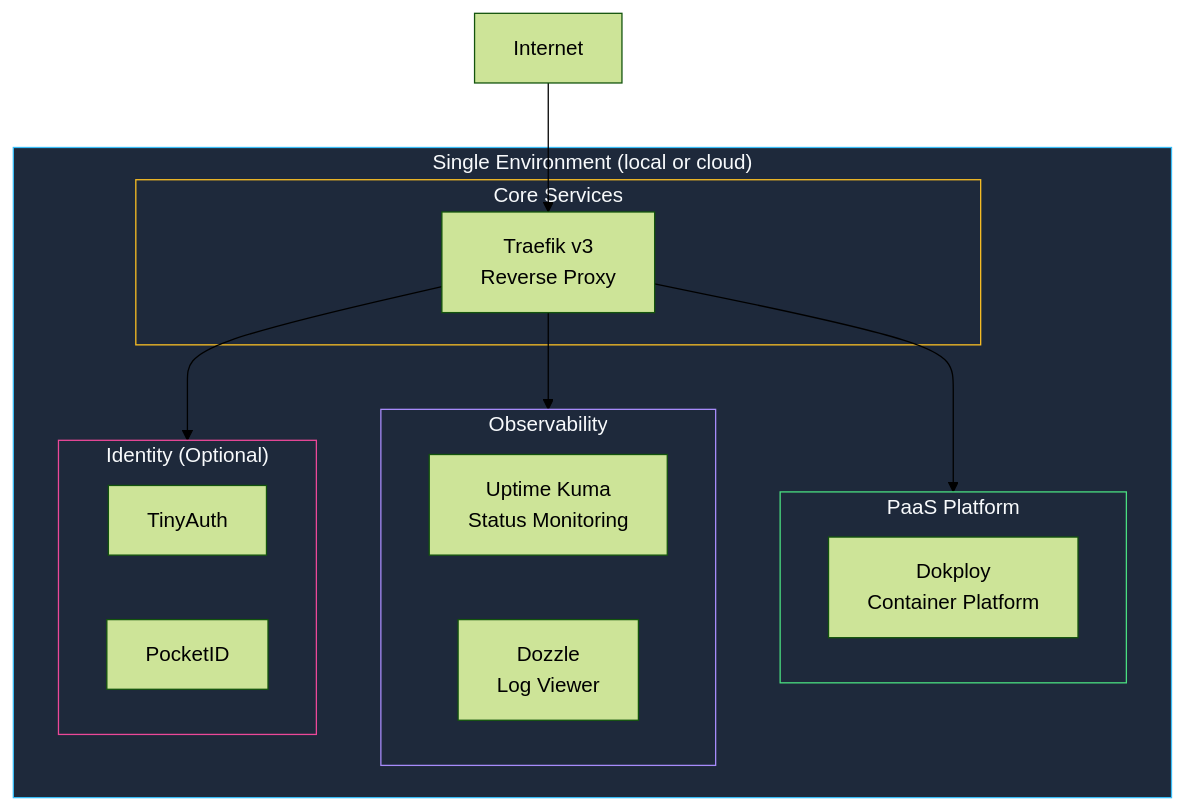
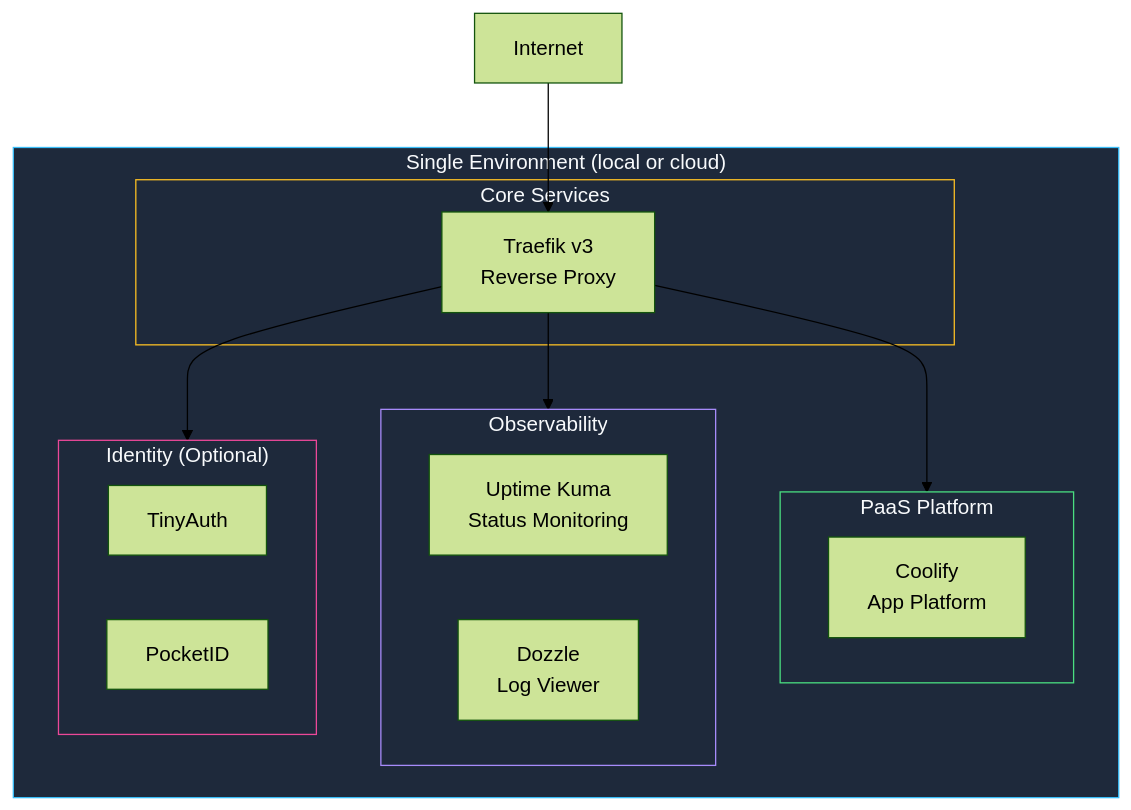
One commit to KombiverseLabs/mintlify-docs changed the diagram in stackkits/kits/base-kit.mdx. Above: the diagram before and after it, drawn with Mermaid (forest theme). The commit also changed other lines of this file and 11 other files, not shown here.

````diff
--- a/stackkits/kits/base-kit.mdx
+++ b/stackkits/kits/base-kit.mdx
@@ -18,33 +18,33 @@
 ```mermaid
 graph TB
     subgraph Env["Single Environment (local or cloud)"]
         subgraph Core["Core Services"]
             Traefik["Traefik v3<br/>Reverse Proxy"]
         end
         
         subgraph Platform["PaaS Platform"]
-            Dokploy["Dokploy<br/>Container Platform"]
+            Coolify["Coolify<br/>App Platform"]
         end
         
         subgraph Monitoring["Observability"]
             UptimeKuma["Uptime Kuma<br/>Status Monitoring"]
             Dozzle["Dozzle<br/>Log Viewer"]
         end
         
         subgraph Identity["Identity (Optional)"]
             TinyAuth["TinyAuth"]
             PocketID["PocketID"]
         end
     end
     
     Internet["Internet"] --> Traefik
     Traefik --> Platform
     Traefik --> Monitoring
     Traefik --> Identity
     
     style Env fill:#1e293b,stroke:#38bdf8,color:#f8fafc
     style Core fill:#1e293b,stroke:#fbbf24,color:#f8fafc
     style Platform fill:#1e293b,stroke:#4ade80,color:#f8fafc
     style Monitoring fill:#1e293b,stroke:#a78bfa,color:#f8fafc
     style Identity fill:#1e293b,stroke:#ec4899,color:#f8fafc
 ```
````
